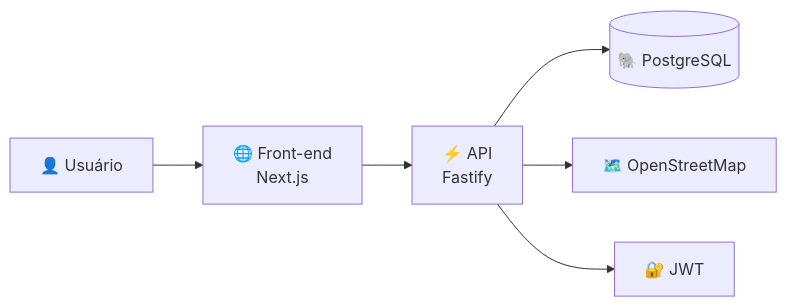
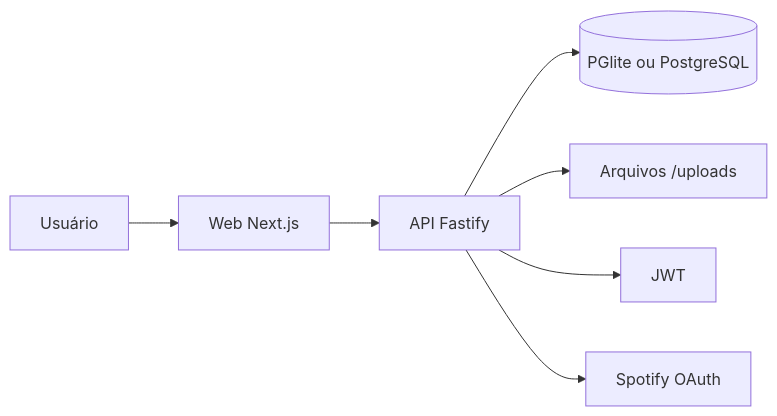
The diagram in README.md (Jean-Griggi/radar-de-resenha), drawn with Mermaid before and after one commit. The commit also changed other lines of this file and 9 other files, not shown here.

````diff
--- a/README.md
+++ b/README.md
@@ -37,15 +40,9 @@
 ```mermaid
 flowchart LR
-
-U[👤 Usuário]
-
-U --> WEB[🌐 Front-end<br/>Next.js]
-
-WEB --> API[⚡ API<br/>Fastify]
-
-API --> DB[(🐘 PostgreSQL)]
-
-API --> MAPS[🗺️ OpenStreetMap]
-
-API --> AUTH[🔐 JWT]
+  U[Usuário] --> WEB[Web Next.js]
+  WEB --> API[API Fastify]
+  API --> DB[(PGlite ou PostgreSQL)]
+  API --> FILES[Arquivos /uploads]
+  API --> AUTH[JWT]
+  API --> SPOTIFY[Spotify OAuth]
 ```
````
